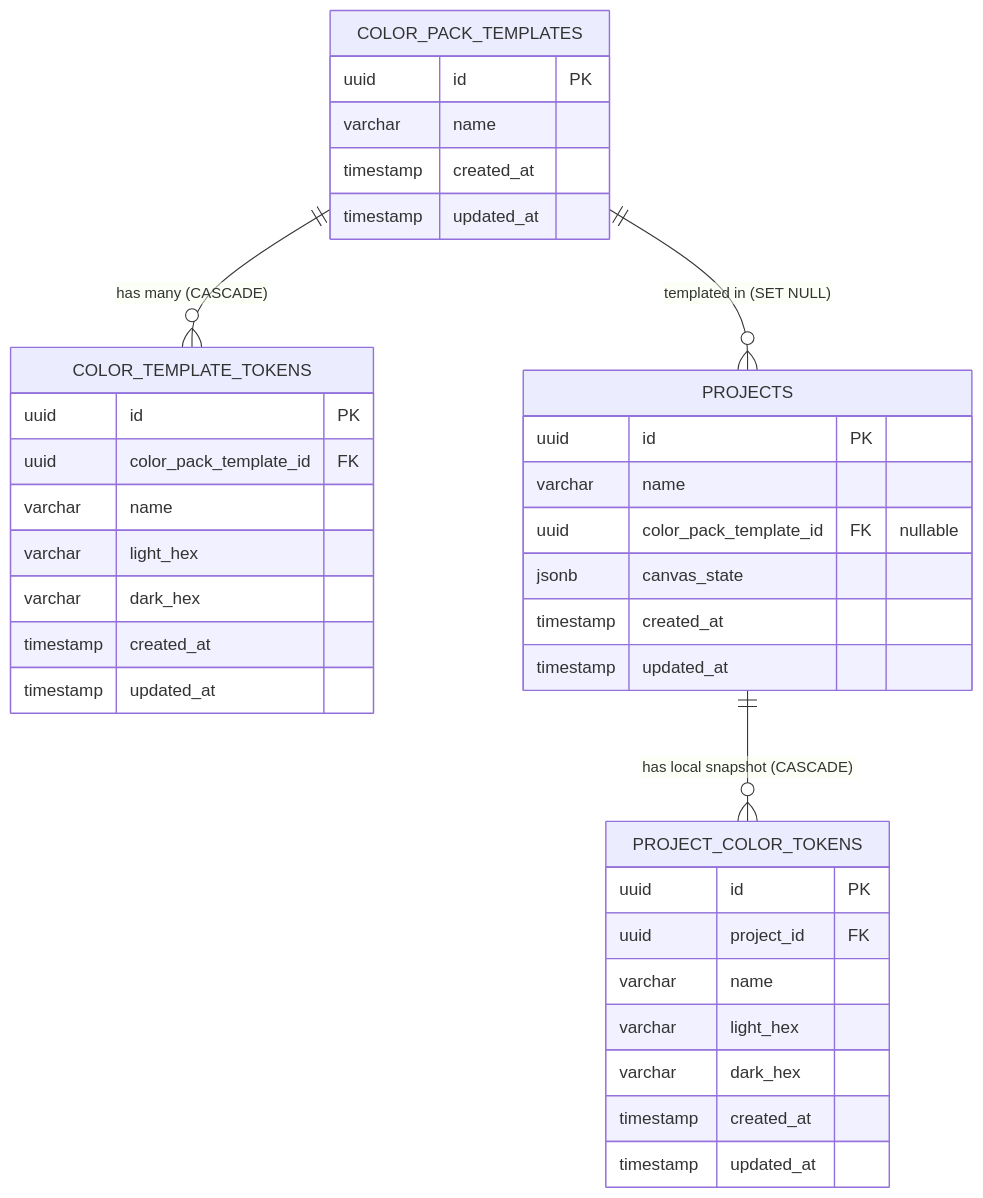
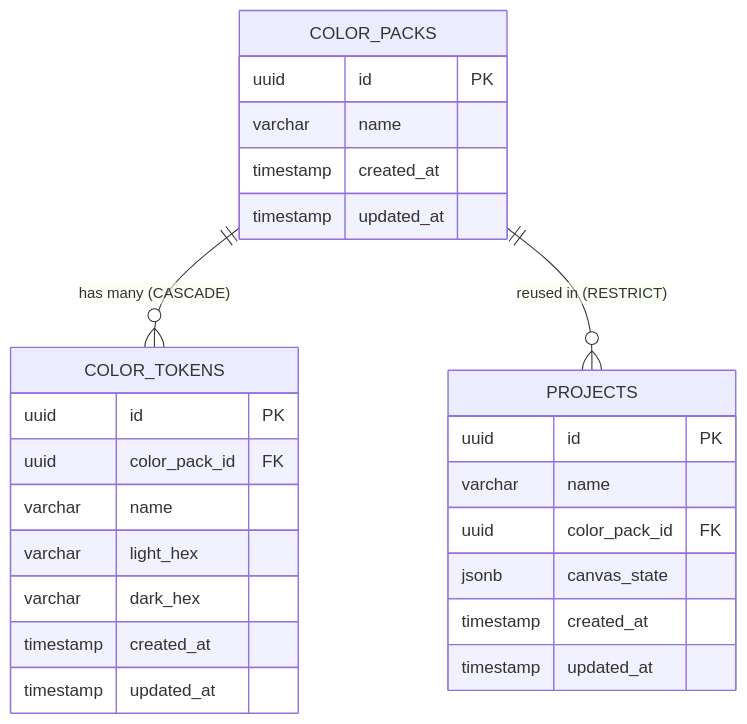
The diagram in docs/DATABASE.md (wilyanresna/sandbox-ui), drawn with Mermaid before and after one commit. The commit also changed other lines of this file and 3 other files, not shown here.

````diff
--- a/docs/DATABASE.md
+++ b/docs/DATABASE.md
@@ -23,42 +23,31 @@
 ```mermaid
 erDiagram
-    COLOR_PACK_TEMPLATES {
+    COLOR_PACKS {
         uuid id PK
         varchar name
         timestamp created_at
         timestamp updated_at
     }
     
-    COLOR_TEMPLATE_TOKENS {
+    COLOR_TOKENS {
         uuid id PK
-        uuid color_pack_template_id FK
+        uuid color_pack_id FK
         varchar name
         varchar light_hex
         varchar dark_hex
         timestamp created_at
         timestamp updated_at
     }
     
     PROJECTS {
         uuid id PK
         varchar name
-        uuid color_pack_template_id FK "nullable"
+        uuid color_pack_id FK
         jsonb canvas_state
         timestamp created_at
         timestamp updated_at
     }
-    
-    PROJECT_COLOR_TOKENS {
-        uuid id PK
-        uuid project_id FK
-        varchar name
-        varchar light_hex
-        varchar dark_hex
-        timestamp created_at
-        timestamp updated_at
-    }
 
-    COLOR_PACK_TEMPLATES ||--o{ COLOR_TEMPLATE_TOKENS : "has many (CASCADE)"
-    COLOR_PACK_TEMPLATES ||--o{ PROJECTS : "templated in (SET NULL)"
-    PROJECTS ||--o{ PROJECT_COLOR_TOKENS : "has local snapshot (CASCADE)"
+    COLOR_PACKS ||--o{ COLOR_TOKENS : "has many (CASCADE)"
+    COLOR_PACKS ||--o{ PROJECTS : "reused in (RESTRICT)"
 ```
````
